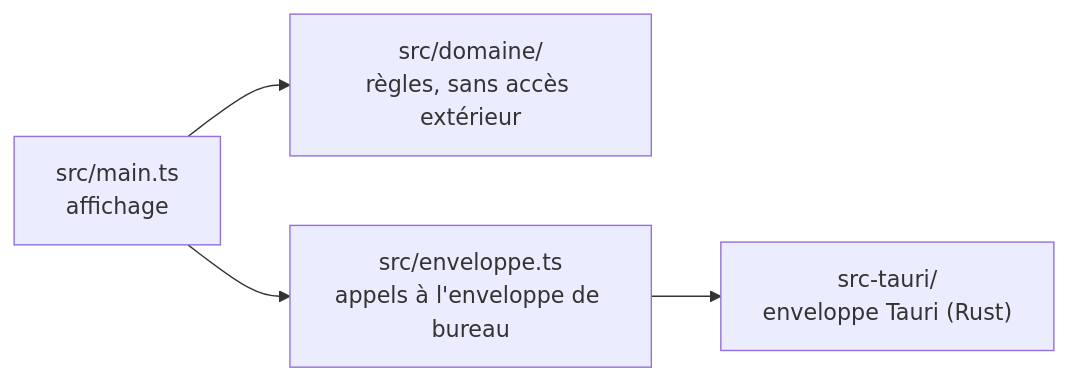
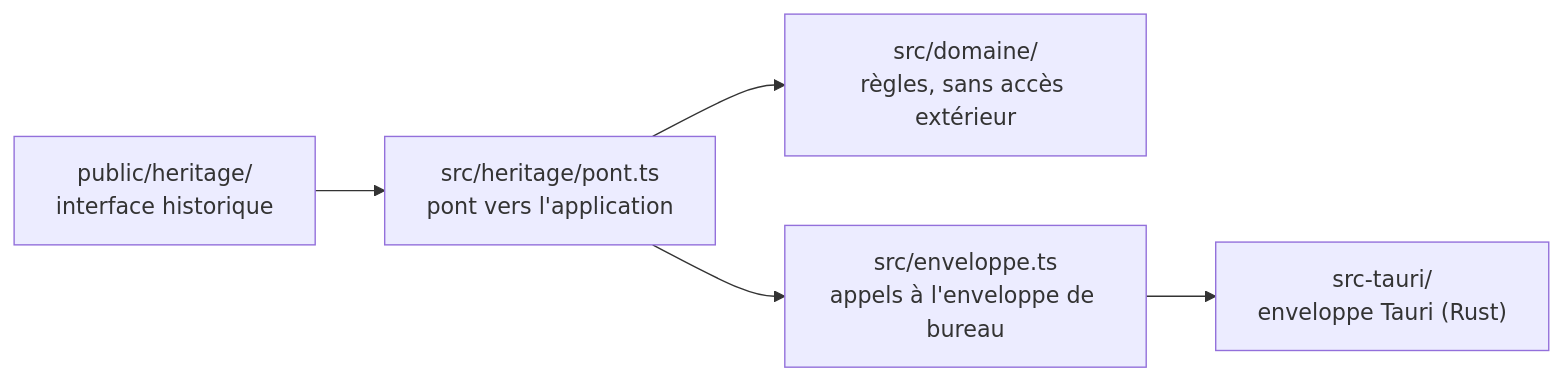
Before and after one commit to stephaneheberle111/DNMAX: the diagram in README.md, drawn with Mermaid. The commit also changed other lines of this file and 25 other files, not shown here.

First line of the commit message:
Porte l'interface de la maquette dans l'application

````diff
--- a/README.md
+++ b/README.md
@@ -53,6 +54,7 @@
 ```mermaid
 flowchart LR
-  affichage["src/main.ts<br/>affichage"] --> domaine["src/domaine/<br/>règles, sans accès extérieur"]
-  affichage --> enveloppe["src/enveloppe.ts<br/>appels à l'enveloppe de bureau"]
+  historique["public/heritage/<br/>interface historique"] --> pont["src/heritage/pont.ts<br/>pont vers l'application"]
+  pont --> domaine["src/domaine/<br/>règles, sans accès extérieur"]
+  pont --> enveloppe["src/enveloppe.ts<br/>appels à l'enveloppe de bureau"]
   enveloppe --> tauri["src-tauri/<br/>enveloppe Tauri (Rust)"]
 ```
````
